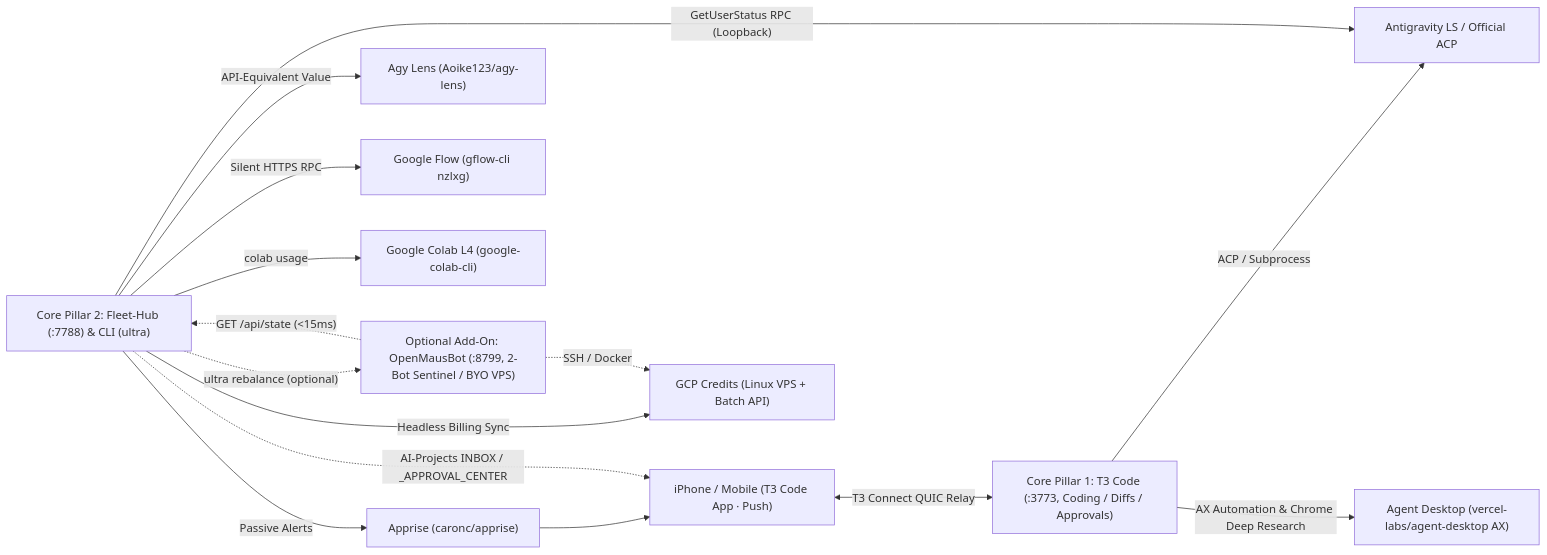
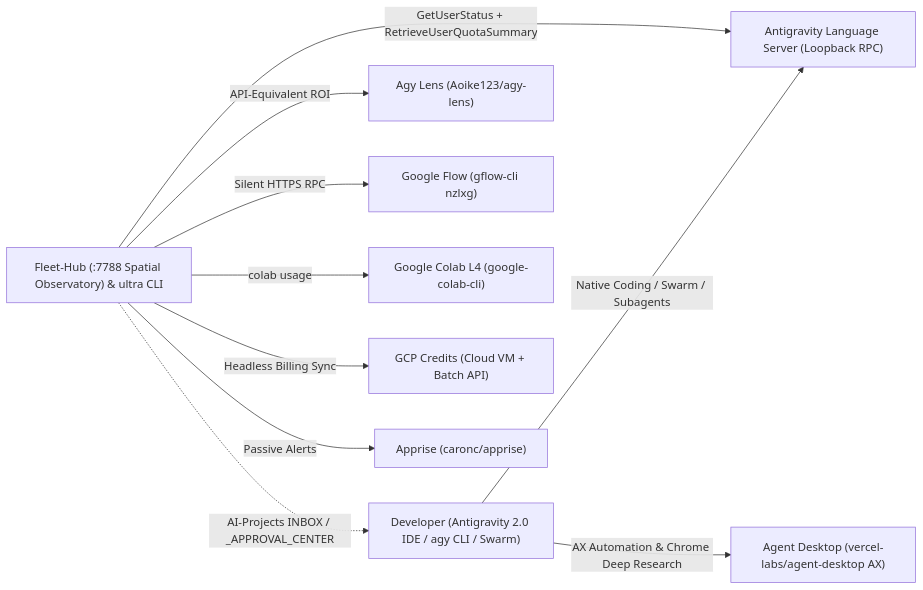
The diagram in docs/ARCHITECTURE.md (IMYin/google-ultra-maximizer), drawn with Mermaid before and after one commit. The commit also changed other lines of this file and 28 other files, not shown here.

First line of the commit message:
release: v3.0.0 native Antigravity 2.0, Spatial Observatory UI, and auto-updater

````diff
--- a/docs/ARCHITECTURE.md
+++ b/docs/ARCHITECTURE.md
@@ -7,28 +7,22 @@
 ```mermaid
 flowchart LR
-    Phone["iPhone / Mobile (T3 Code App · Push)"]
-    T3["Core Pillar 1: T3 Code (:3773, Coding / Diffs / Approvals)"]
-    Cockpit["Core Pillar 2: Fleet-Hub (:7788) & CLI (ultra)"]
-    Maus["Optional Add-On: OpenMausBot (:8799, 2-Bot Sentinel / BYO VPS)"]
+    User["Developer (Antigravity 2.0 IDE / agy CLI / Swarm)"]
+    Cockpit["Fleet-Hub (:7788 Spatial Observatory) & ultra CLI"]
+    AgyLS["Antigravity Language Server (Loopback RPC)"]
+    Lens["Agy Lens (Aoike123/agy-lens)"]
     Desktop["Agent Desktop (vercel-labs/agent-desktop AX)"]
-    AgyLS["Antigravity LS / Official ACP"]
-    Lens["Agy Lens (Aoike123/agy-lens)"]
     Flow["Google Flow (gflow-cli nzlxg)"]
     Colab["Google Colab L4 (google-colab-cli)"]
-    GCP["GCP Credits (Linux VPS + Batch API)"]
+    GCP["GCP Credits (Cloud VM + Batch API)"]
     Apprise["Apprise (caronc/apprise)"]
 
-    Phone <-->|"T3 Connect QUIC Relay"| T3
-    T3 -->|"ACP / Subprocess"| AgyLS
-    T3 -->|"AX Automation & Chrome Deep Research"| Desktop
-    Cockpit -->|"GetUserStatus RPC (Loopback)"| AgyLS
-    Cockpit -->|"API-Equivalent Value"| Lens
+    User -->|"Native Coding / Swarm / Subagents"| AgyLS
+    User -->|"AX Automation & Chrome Deep Research"| Desktop
+    Cockpit -->|"GetUserStatus + RetrieveUserQuotaSummary"| AgyLS
+    Cockpit -->|"API-Equivalent ROI"| Lens
     Cockpit -->|"Silent HTTPS RPC"| Flow
     Cockpit -->|"colab usage"| Colab
     Cockpit -->|"Headless Billing Sync"| GCP
-    Cockpit -->|"Passive Alerts"| Apprise --> Phone
-    Cockpit -.->|"AI-Projects INBOX / _APPROVAL_CENTER"| Phone
-    Maus -.->|"GET /api/state (<15ms)"| Cockpit
-    Cockpit -.->|"ultra rebalance (optional)"| Maus
-    Maus -.->|"SSH / Docker"| GCP
+    Cockpit -->|"Passive Alerts"| Apprise
+    Cockpit -.->|"AI-Projects INBOX / _APPROVAL_CENTER"| User
 ```
````
